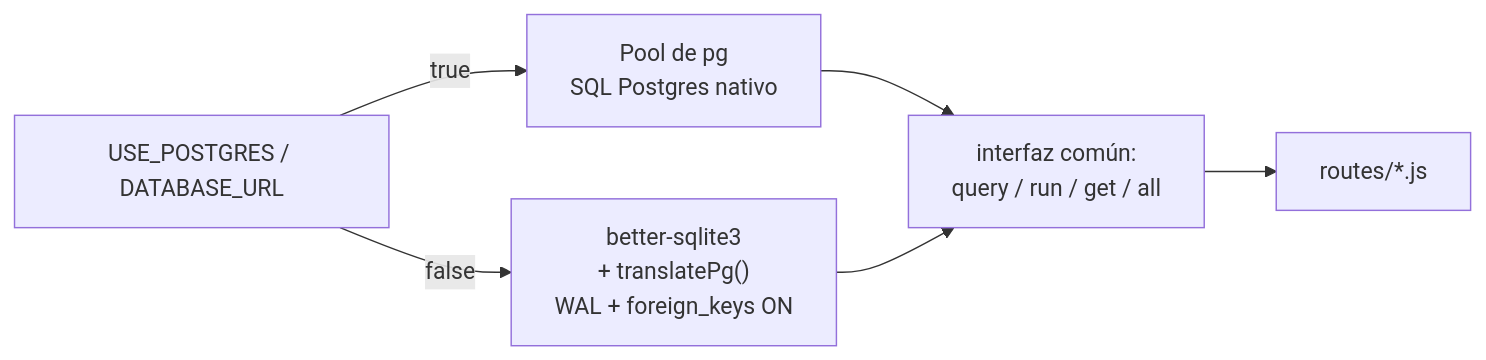
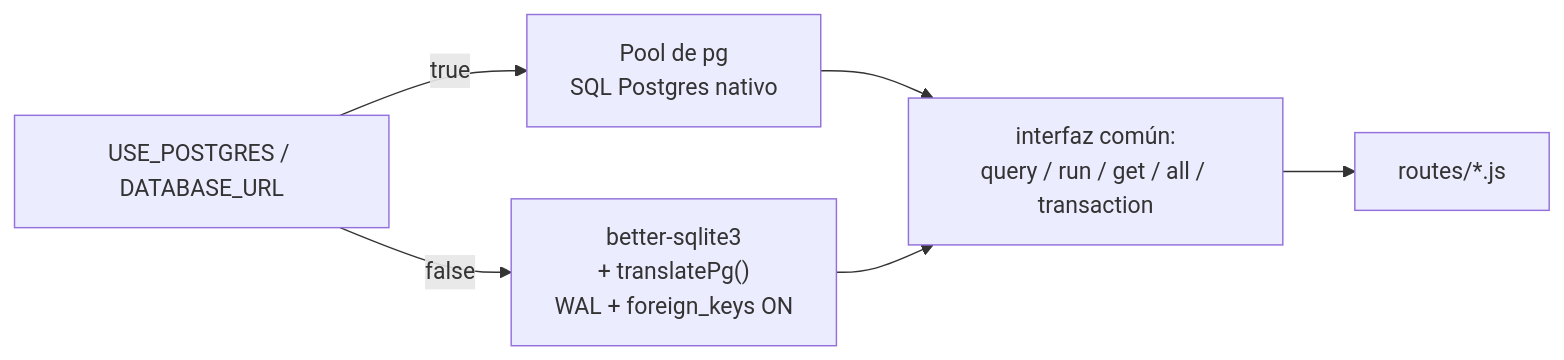
The first of 2 diagrams in docs/BACKEND_CONTEXT.md (SantiagoPlanasM/voluntariar-PF), drawn with Mermaid before and after one commit. The commit also changed other lines of this file and 83 other files, not shown here.

````diff
--- a/docs/BACKEND_CONTEXT.md
+++ b/docs/BACKEND_CONTEXT.md
@@ -58,8 +61,8 @@
 ```mermaid
 flowchart LR
     ENV["USE_POSTGRES / DATABASE_URL"] -->|true| PG["Pool de pg<br/>SQL Postgres nativo"]
     ENV -->|false| SL["better-sqlite3<br/>+ translatePg()<br/>WAL + foreign_keys ON"]
-    PG --> IFACE["interfaz común:<br/>query / run / get / all"]
+    PG --> IFACE["interfaz común:<br/>query / run / get / all / transaction"]
     SL --> IFACE
     IFACE --> ROUTES["routes/*.js"]
 ```
````
